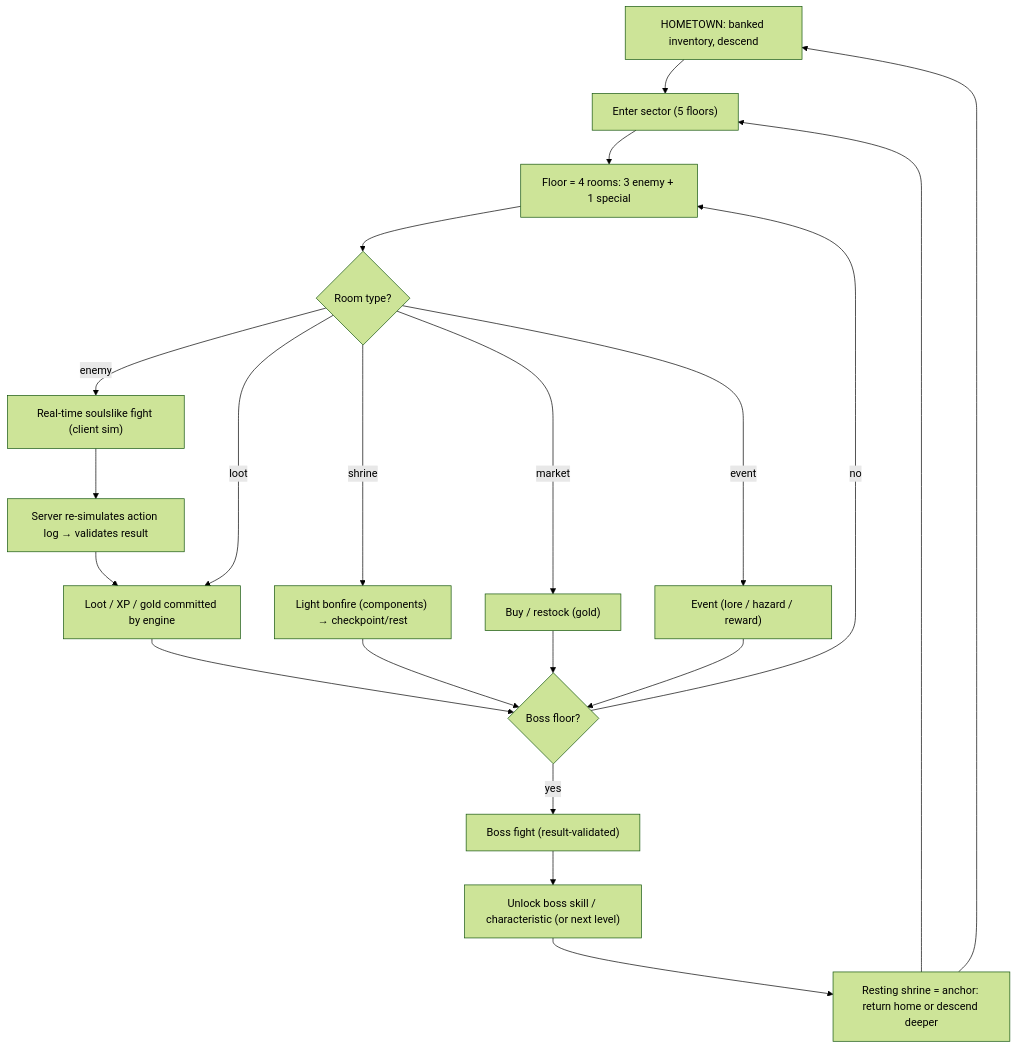
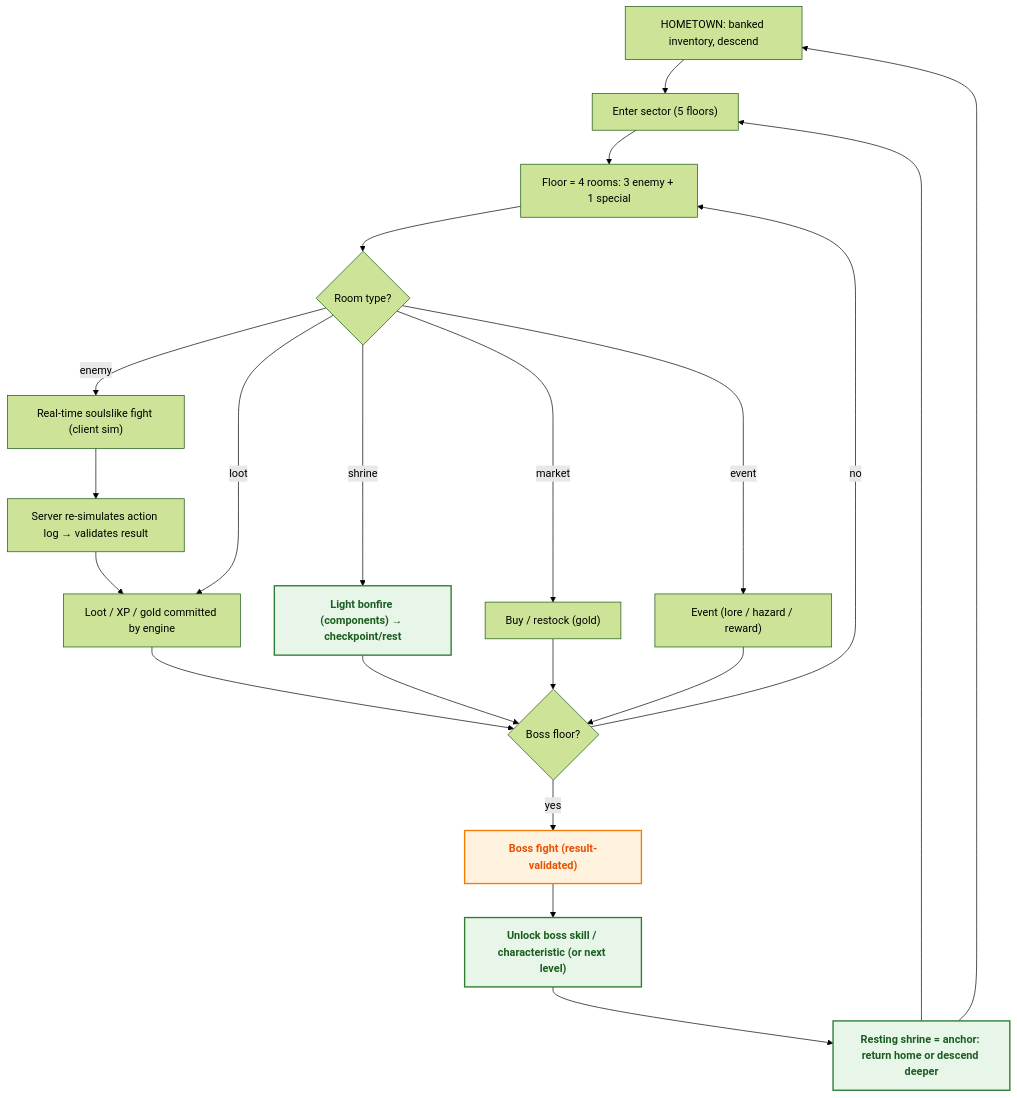
One commit to Ember96/Heirs-of-the-Abyss changed the diagram in docs/01-gdd.md. Above: the diagram before and after it, drawn with Mermaid (forest theme). The commit also changed other lines of this file and 9 other files, not shown here.

Commit message:
docs: color-code mermaid diagrams + specs/README with statement-type conventions

````diff
--- a/docs/01-gdd.md
+++ b/docs/01-gdd.md
@@ -11,23 +13,28 @@
 ```mermaid
 flowchart TD
+  classDef crit fill:#FFF3E0,stroke:#F57C00,stroke-width:2px,color:#E65100,font-weight:bold
+  classDef ok   fill:#E8F5E9,stroke:#2E7D32,stroke-width:2px,color:#1B5E20,font-weight:bold
+  classDef bad  fill:#FFEBEE,stroke:#C62828,stroke-width:2px,color:#B71C1C
+  classDef info fill:#E3F2FD,stroke:#1565C0,stroke-width:2px,color:#0D47A1
+
   A["HOMETOWN: banked inventory, descend"] --> B["Enter sector (5 floors)"]
   B --> C["Floor = 4 rooms: 3 enemy + 1 special"]
   C --> D{"Room type?"}
   D -->|enemy| E["Real-time soulslike fight (client sim)"]
   E --> F["Server re-simulates action log → validates result"]
   F --> G["Loot / XP / gold committed by engine"]
   D -->|loot| G
-  D -->|shrine| H["Light bonfire (components) → checkpoint/rest"]
+  D -->|shrine| H["Light bonfire (components) → checkpoint/rest"]:::ok
   D -->|market| I["Buy / restock (gold)"]
   D -->|event| J["Event (lore / hazard / reward)"]
   G --> K{"Boss floor?"}
   H --> K
   I --> K
   J --> K
   K -->|no| C
-  K -->|yes| L["Boss fight (result-validated)"]
-  L --> M["Unlock boss skill / characteristic (or next level)"]
-  M --> N["Resting shrine = anchor: return home or descend deeper"]
+  K -->|yes| L["Boss fight (result-validated)"]:::crit
+  L --> M["Unlock boss skill / characteristic (or next level)"]:::ok
+  M --> N["Resting shrine = anchor: return home or descend deeper"]:::ok
   N --> A
   N --> B
 ```
````
